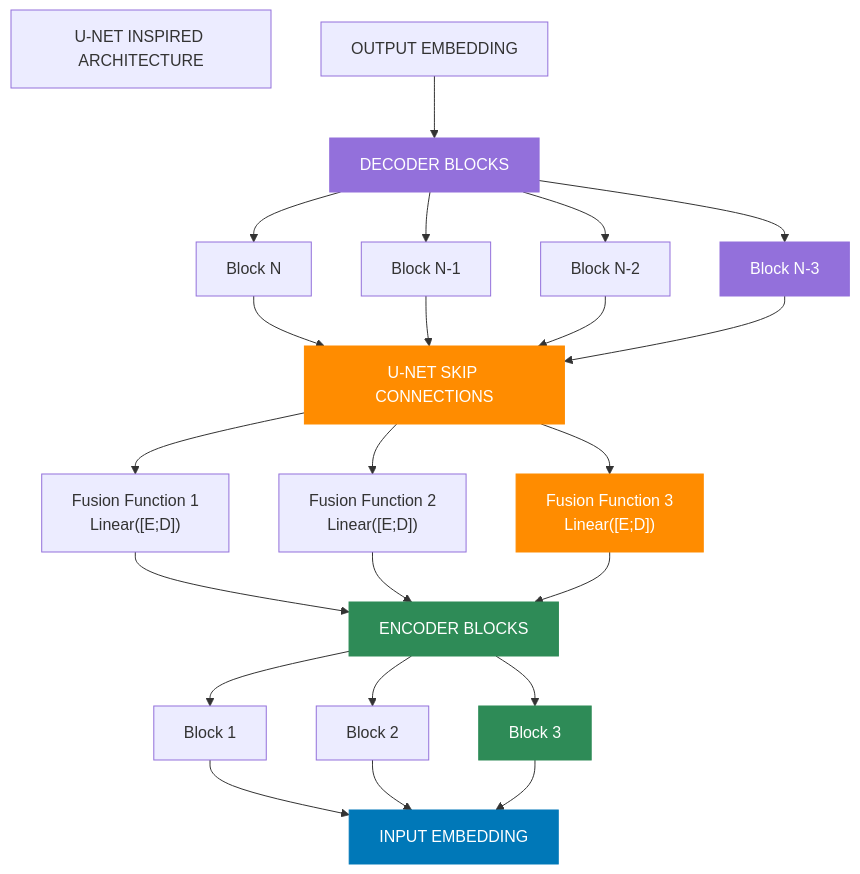
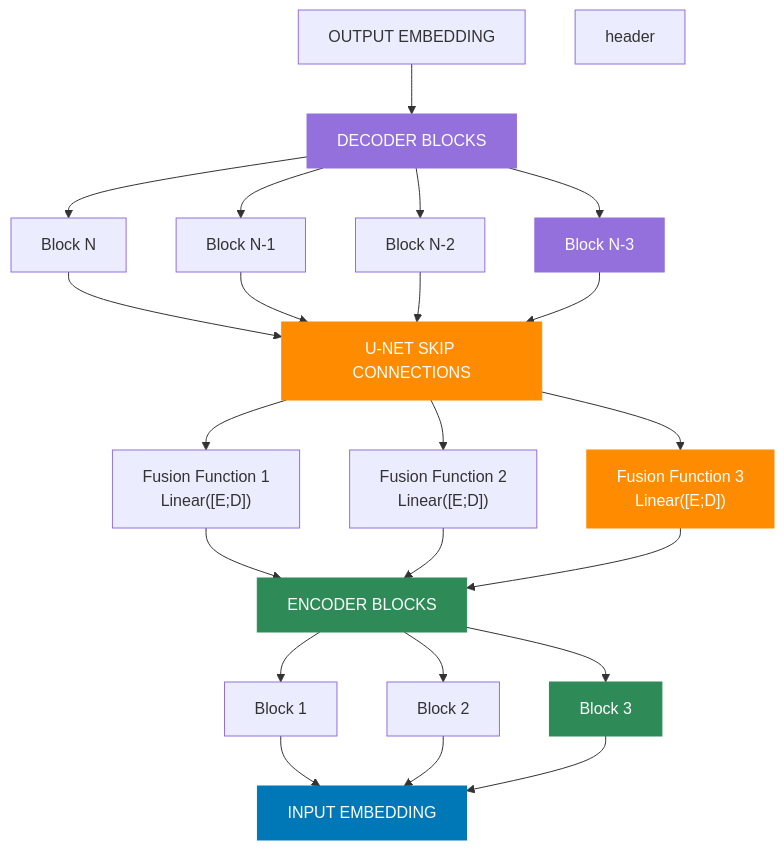
Before and after one commit to CambrianTech/sentinel-ai: the fourth of 6 diagrams in README.md, drawn with Mermaid. The commit also changed other lines of this file, not shown here.

````diff
--- a/README.md
+++ b/README.md
@@ -206,60 +203,59 @@
 ```mermaid
 flowchart TD
     classDef standard fill:#333,stroke:#333,stroke-width:1px,color:#fff
     classDef embedding fill:#0078b8,stroke:#0078b8,stroke-width:1px,color:#fff
     classDef decoder fill:#9370db,stroke:#9370db,stroke-width:1px,color:#fff
     classDef skip fill:#ff8c00,stroke:#ff8c00,stroke-width:1px,color:#fff
     classDef encoder fill:#2e8b57,stroke:#2e8b57,stroke-width:1px,color:#fff
     
     %% Main Components
-    header["U-NET INSPIRED ARCHITECTURE"]
     outputEmbed["OUTPUT EMBEDDING"]
     decoderBlocks["DECODER BLOCKS"]
     skipConnections["U-NET SKIP CONNECTIONS"]
     encoderBlocks["ENCODER BLOCKS"]
     inputEmbed["INPUT EMBEDDING"]
     
     %% Decoder Components
     blockN["Block N"]
     blockN1["Block N-1"]
     blockN2["Block N-2"]
     blockN3["Block N-3"]
     
     %% Skip Components
     fusion1["Fusion Function 1<br/>Linear([E;D])"]
     fusion2["Fusion Function 2<br/>Linear([E;D])"]
     fusion3["Fusion Function 3<br/>Linear([E;D])"]
     
     %% Encoder Components
     block1["Block 1"]
     block2["Block 2"]
     block3["Block 3"]
     
     %% Connections
         outputEmbed --> decoderBlocks
     
     decoderBlocks --> blockN & blockN1 & blockN2 & blockN3
     
     blockN & blockN1 & blockN2 & blockN3 --> skipConnections
     
     skipConnections --> fusion1 & fusion2 & fusion3
     
     fusion1 & fusion2 & fusion3 --> encoderBlocks
     
     encoderBlocks --> block1 & block2 & block3
     
     block1 & block2 & block3 --> inputEmbed
     
     %% Styling
     header:::header
     outputEmbed & inputEmbed:::embedding
     decoderBlocks:::decoder
     skipConnections:::skip
     encoderBlocks:::encoder
     
     blockN & blockN1 & blockN2 & blockN3:::decoder
     
     fusion1 & fusion2 & fusion3:::skip
     
     block1 & block2 & block3:::encoder
 ```
````
